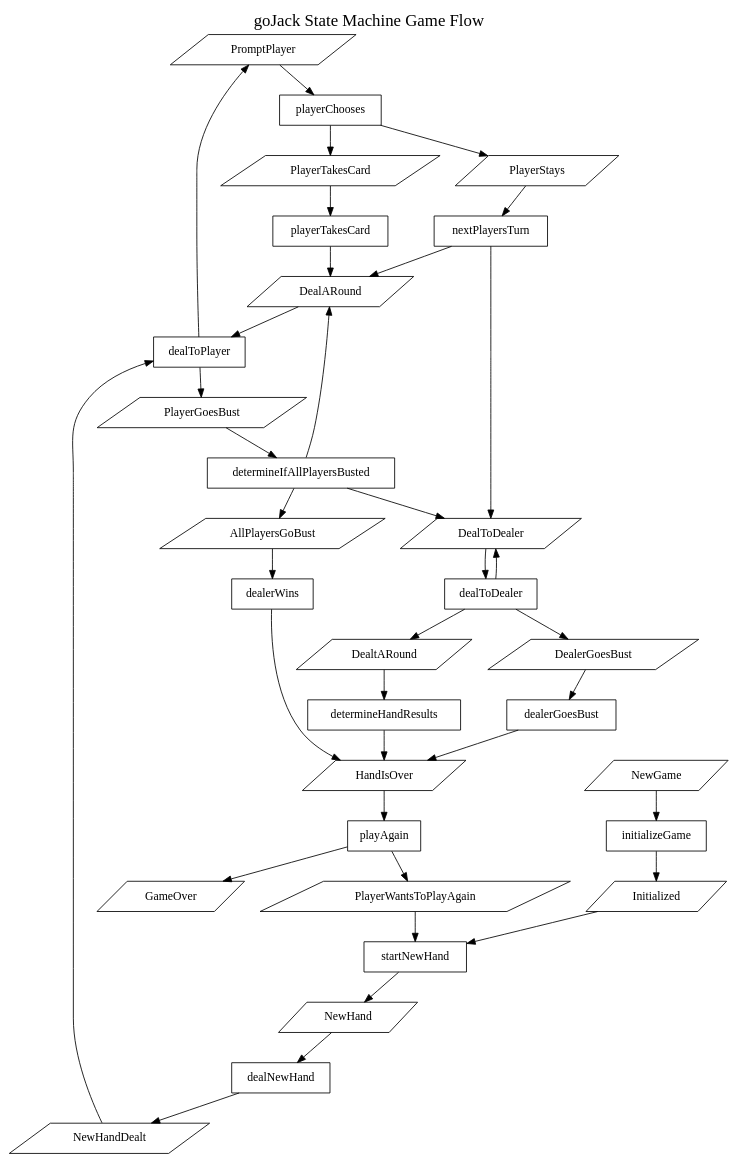
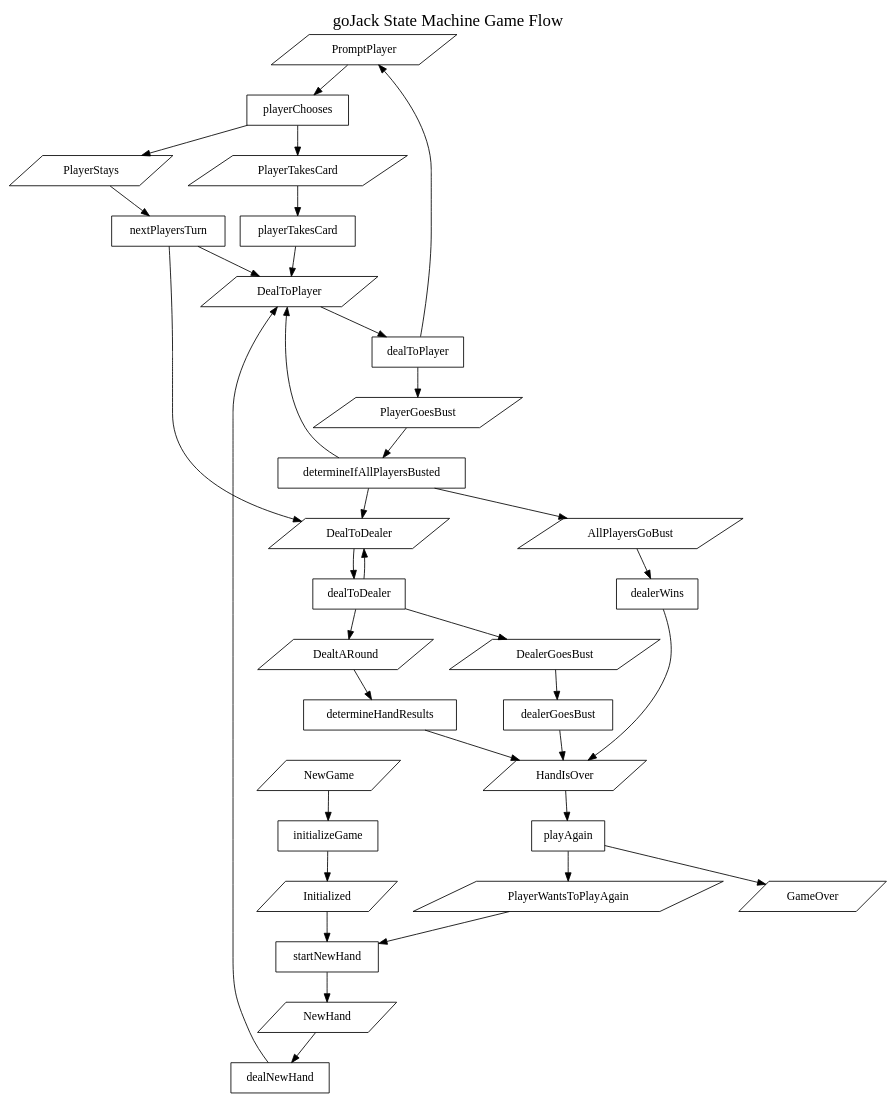
The diagram in dot/state-diagram.dot (matthewapeters/goJack), drawn with Graphviz before and after one commit. The commit also changed 5 other files, not shown here.

Commit message:
remove unnecessary state after dealNewHand -- just juse DealToPlayer

```diff
--- a/dot/state-diagram.dot
+++ b/dot/state-diagram.dot
@@ -1,57 +1,56 @@
 
 #
 # This file is created through the execution of graph-game
 # do not edit this file.
 #
 # Copyright (c) Matthew Peters, 2023
 #
 digraph {
     labelloc=t
     fontsize=20
     label="goJack State Machine Game Flow"
     rankdir="TB"
     PromptPlayer [shape="parallelogram"]
     PlayerWantsToPlayAgain [shape="parallelogram"]
     PlayerTakesCard [shape="parallelogram"]
     PlayerStays [shape="parallelogram"]
     PlayerGoesBust [shape="parallelogram"]
-    NewHandDealt [shape="parallelogram"]
     NewHand [shape="parallelogram"]
     NewGame [shape="parallelogram"]
     Initialized [shape="parallelogram"]
     HandIsOver [shape="parallelogram"]
     GameOver [shape="parallelogram"]
     DealtARound [shape="parallelogram"]
     DealerGoesBust [shape="parallelogram"]
+    DealToPlayer [shape="parallelogram"]
     DealToDealer [shape="parallelogram"]
-    DealARound [shape="parallelogram"]
     AllPlayersGoBust [shape="parallelogram"]
 
     playAgain [shape="box"]
     determineHandResults [shape="box"]
     dealerWins [shape="box"]
     dealerGoesBust [shape="box"]
     determineIfAllPlayersBusted [shape="box"]
     dealToDealer [shape="box"]
     nextPlayersTurn [shape="box"]
     playerTakesCard [shape="box"]
     playerChooses [shape="box"]
     dealToPlayer [shape="box"]
     dealNewHand [shape="box"]
     startNewHand [shape="box"]
     initializeGame [shape="box"]
 
     { HandIsOver } -> playAgain -> { PlayerWantsToPlayAgain GameOver }
     { DealtARound } -> determineHandResults -> { HandIsOver }
     { AllPlayersGoBust } -> dealerWins -> { HandIsOver }
     { DealerGoesBust } -> dealerGoesBust -> { HandIsOver }
-    { PlayerGoesBust } -> determineIfAllPlayersBusted -> { DealARound DealToDealer AllPlayersGoBust }
+    { PlayerGoesBust } -> determineIfAllPlayersBusted -> { DealToPlayer DealToDealer AllPlayersGoBust }
     { DealToDealer } -> dealToDealer -> { DealToDealer DealtARound DealerGoesBust }
-    { PlayerStays } -> nextPlayersTurn -> { DealARound DealToDealer }
-    { PlayerTakesCard } -> playerTakesCard -> { DealARound }
+    { PlayerStays } -> nextPlayersTurn -> { DealToPlayer DealToDealer }
+    { PlayerTakesCard } -> playerTakesCard -> { DealToPlayer }
     { PromptPlayer } -> playerChooses -> { PlayerTakesCard PlayerStays }
-    { DealARound NewHandDealt } -> dealToPlayer -> { PlayerGoesBust PromptPlayer }
-    { NewHand } -> dealNewHand -> { NewHandDealt }
+    { DealToPlayer } -> dealToPlayer -> { PlayerGoesBust PromptPlayer }
+    { NewHand } -> dealNewHand -> { DealToPlayer }
     { Initialized PlayerWantsToPlayAgain } -> startNewHand -> { NewHand }
     { NewGame } -> initializeGame -> { Initialized }
 }
```
